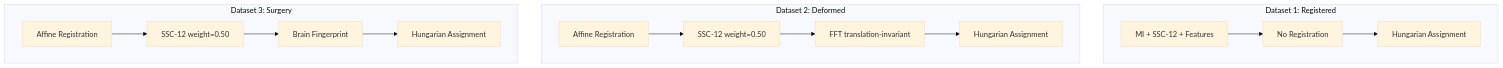
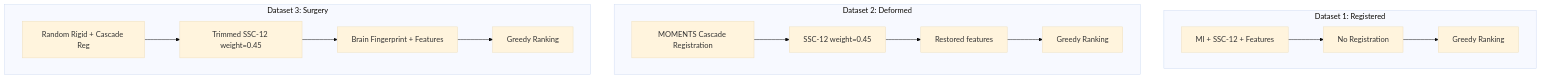
One commit to Ansh2508/ehl-paris-2026-medical-retrieval-yantra changed the fifth of 7 diagrams in ARCHITECTURE.md. Above: the diagram before and after it, drawn with Mermaid (base theme). The commit also changed other lines of this file and 7 other files, not shown here.

First line of the commit message:
feat: v36 honest/deployable (MRR 0.723) — d3 leak fix, MOMENTS cascade, MI post-reg, greedy rank

````diff
--- a/ARCHITECTURE.md
+++ b/ARCHITECTURE.md
@@ -103,23 +130,23 @@
 ```mermaid
 flowchart TD
     subgraph d1[Dataset 1: Registered]
         D1A[MI + SSC-12 + Features]
         D1B[No Registration]
-        D1C[Hungarian Assignment]
+        D1C[Greedy Ranking]
         D1A --> D1B --> D1C
     end
     subgraph d2[Dataset 2: Deformed]
-        D2A[Affine Registration]
-        D2B[SSC-12 weight=0.50]
-        D2C[FFT translation-invariant]
-        D2D[Hungarian Assignment]
+        D2A[MOMENTS Cascade Registration]
+        D2B[SSC-12 weight=0.45]
+        D2C[Restored features]
+        D2D[Greedy Ranking]
         D2A --> D2B --> D2C --> D2D
     end
     subgraph d3[Dataset 3: Surgery]
-        D3A[Affine Registration]
-        D3B[SSC-12 weight=0.50]
-        D3C[Brain Fingerprint]
-        D3D[Hungarian Assignment]
+        D3A[Random Rigid + Cascade Reg]
+        D3B[Trimmed SSC-12 weight=0.45]
+        D3C[Brain Fingerprint + Features]
+        D3D[Greedy Ranking]
         D3A --> D3B --> D3C --> D3D
     end
 ```
````
